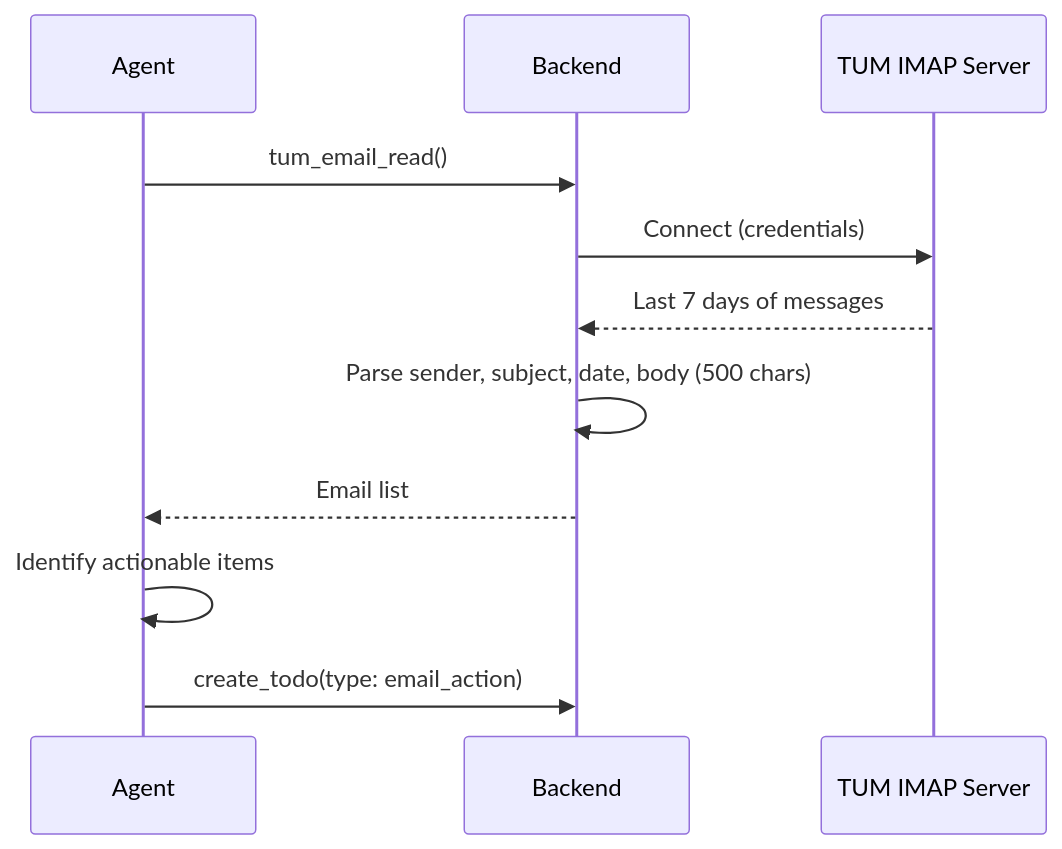
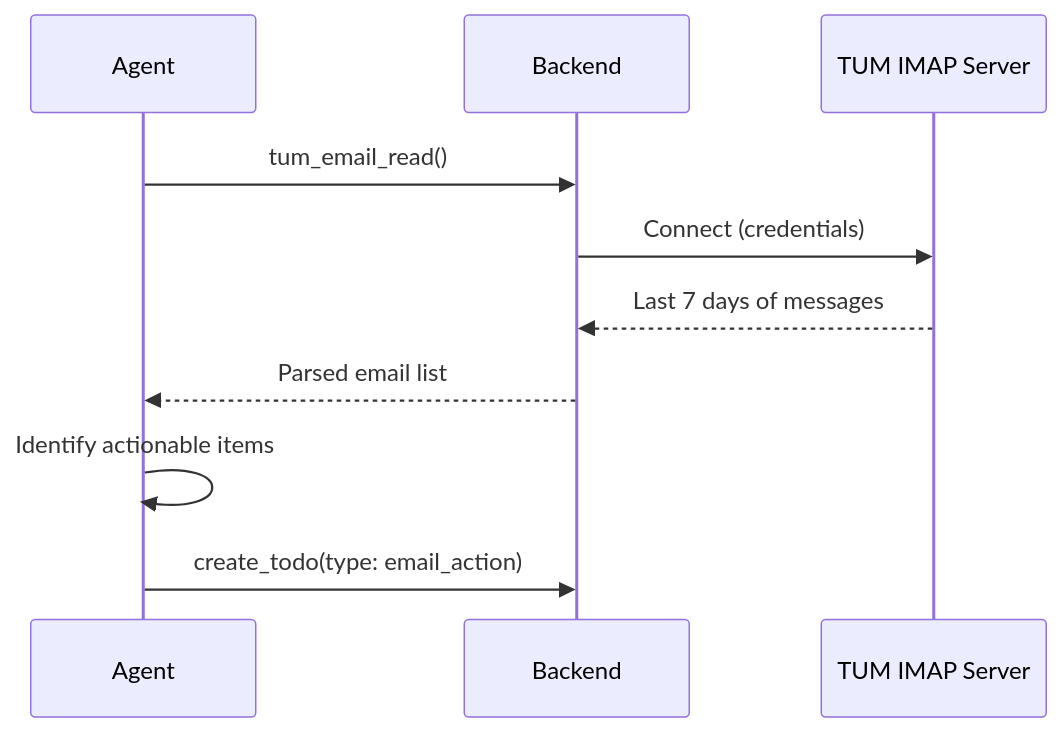
The sixth of 11 diagrams in pitch-deck/slides.md (neuromaxer/AssisTUM), drawn with Mermaid before and after one commit. The commit also changed other lines of this file, not shown here.

Commit message:
fix: team name to Pui, use real screenshot, fix appendix diagram overflow

````diff
--- a/pitch-deck/slides.md
+++ b/pitch-deck/slides.md
@@ -413,13 +399,12 @@
-```mermaid {scale: 0.6}
+```mermaid {scale: 0.45}
 sequenceDiagram
     participant Agent
     participant Backend
     participant IMAP as TUM IMAP Server
     Agent->>Backend: tum_email_read()
     Backend->>IMAP: Connect (credentials)
     IMAP-->>Backend: Last 7 days of messages
-    Backend->>Backend: Parse sender, subject, date, body (500 chars)
-    Backend-->>Agent: Email list
+    Backend-->>Agent: Parsed email list
     Agent->>Agent: Identify actionable items
     Agent->>Backend: create_todo(type: email_action)
 ```
````
